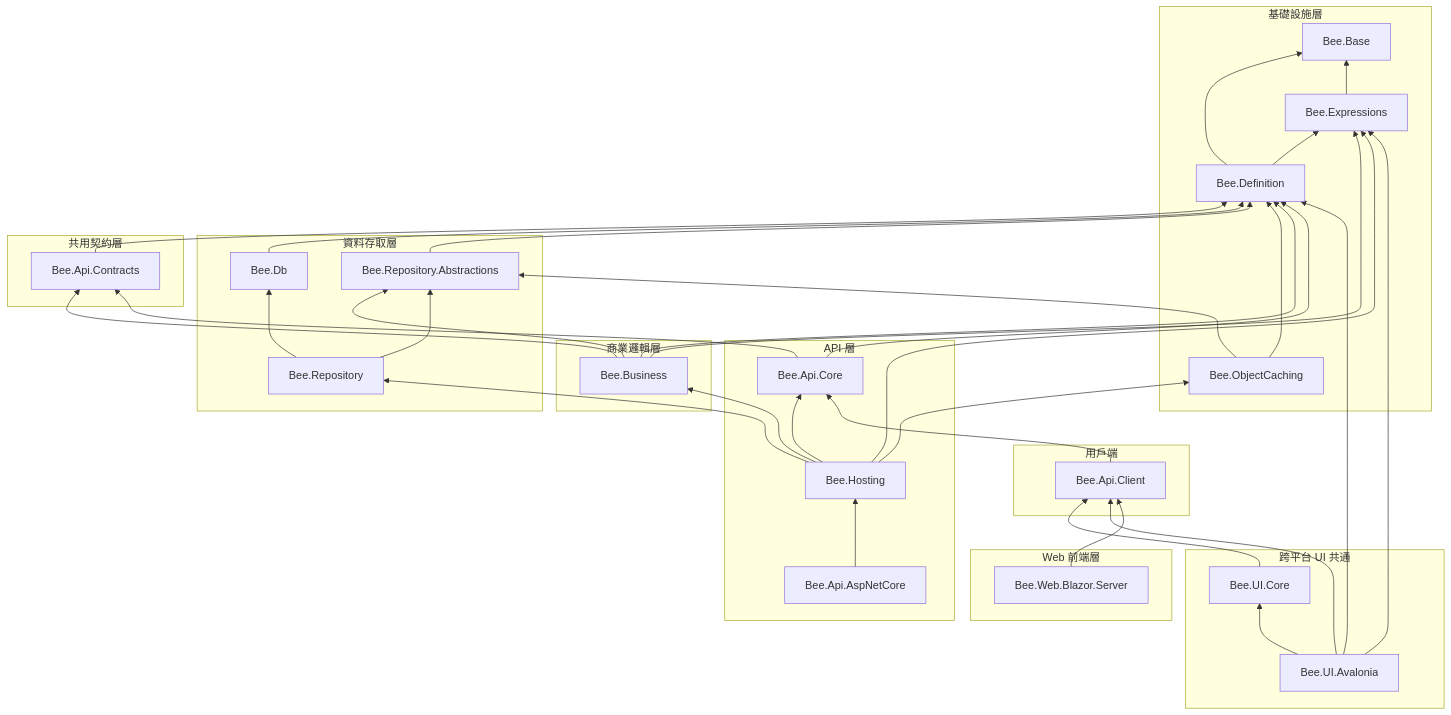
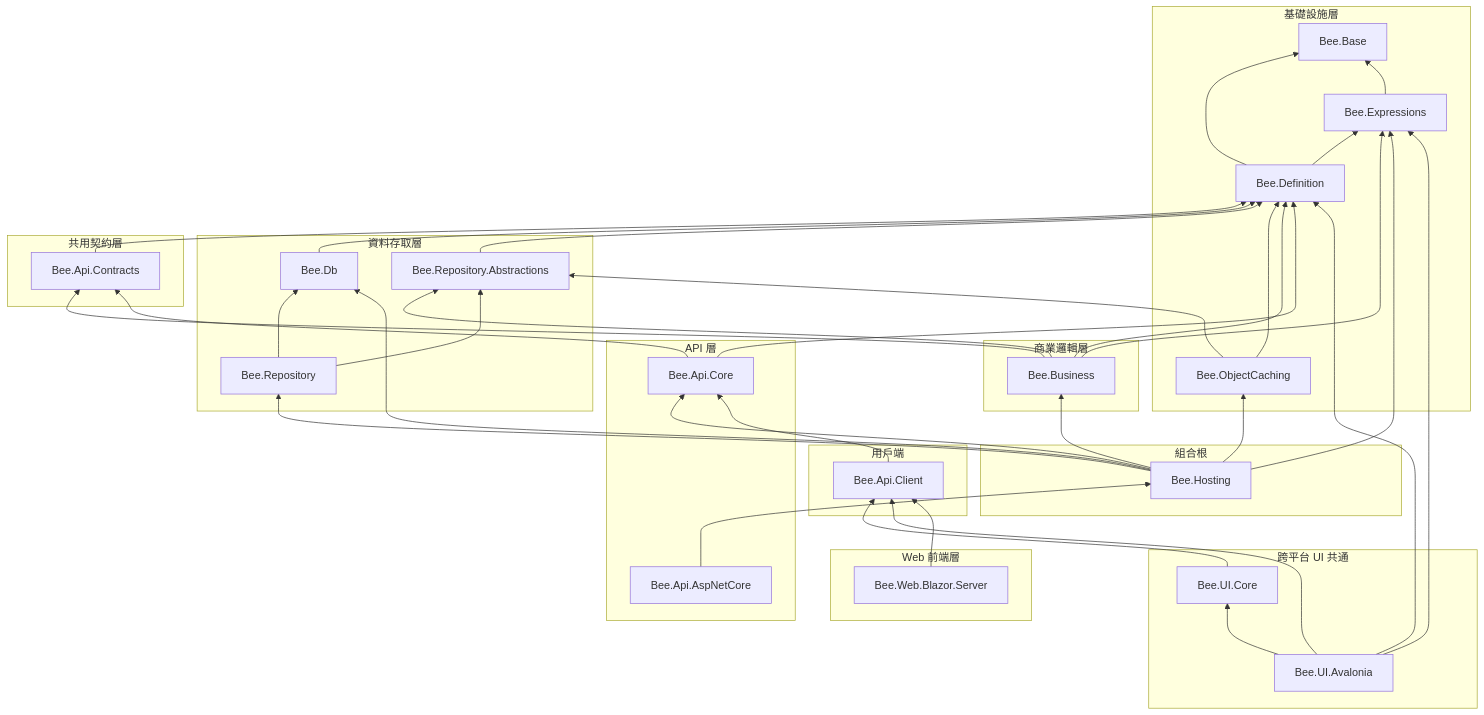
The diagram in docs/dependency-map.zh-TW.md (jeff377/bee-library), drawn with Mermaid before and after one commit. The commit also changed other lines of this file and 29 other files, not shown here.

First line of the commit message:
refactor(hosting,db,repository): 資料存取自組合根下沉至 Bee.Db 與 Bee.Repository

````diff
--- a/docs/dependency-map.zh-TW.md
+++ b/docs/dependency-map.zh-TW.md
@@ -11,72 +11,76 @@
 ```mermaid
 graph BT
   subgraph 基礎設施層
     Base["Bee.Base"]
     Expressions["Bee.Expressions"]
     Definition["Bee.Definition"]
     Caching["Bee.ObjectCaching"]
   end
 
   subgraph 資料存取層
     RepoAbs["Bee.Repository.Abstractions"]
     Db["Bee.Db"]
     Repo["Bee.Repository"]
   end
 
   subgraph 商業邏輯層
     Business["Bee.Business"]
   end
 
   subgraph SharedContracts [共用契約層]
     Contracts["Bee.Api.Contracts"]
   end
 
   subgraph API 層
     Core["Bee.Api.Core"]
+    AspNet["Bee.Api.AspNetCore"]
+  end
+
+  subgraph CompositionRoot [組合根]
     Hosting["Bee.Hosting"]
-    AspNet["Bee.Api.AspNetCore"]
   end
 
   subgraph 用戶端
     Client["Bee.Api.Client"]
   end
 
   subgraph 跨平台 UI 共通
     UICore["Bee.UI.Core"]
     UIAvalonia["Bee.UI.Avalonia"]
   end
 
   subgraph Web 前端層
     BlazorSrv["Bee.Web.Blazor.Server"]
   end
 
   Definition --> Base
   Expressions --> Base
   Definition --> Expressions
   Business --> Expressions
   Hosting --> Expressions
   UIAvalonia --> Expressions
   Contracts --> Definition
   Db --> Definition
   RepoAbs --> Definition
   Caching --> Definition
   Caching --> RepoAbs
   Business --> Contracts
   Business --> Definition
   Business --> RepoAbs
   Repo --> Db
   Repo --> RepoAbs
   Core --> Contracts
   Core --> Definition
   Hosting --> Core
   Hosting --> Business
+  Hosting --> Db
   Hosting --> Repo
   Hosting --> Caching
   AspNet --> Hosting
   Client --> Core
   UICore --> Client
   UIAvalonia --> UICore
   UIAvalonia --> Client
   UIAvalonia --> Definition
   BlazorSrv --> Client
 ```
````
